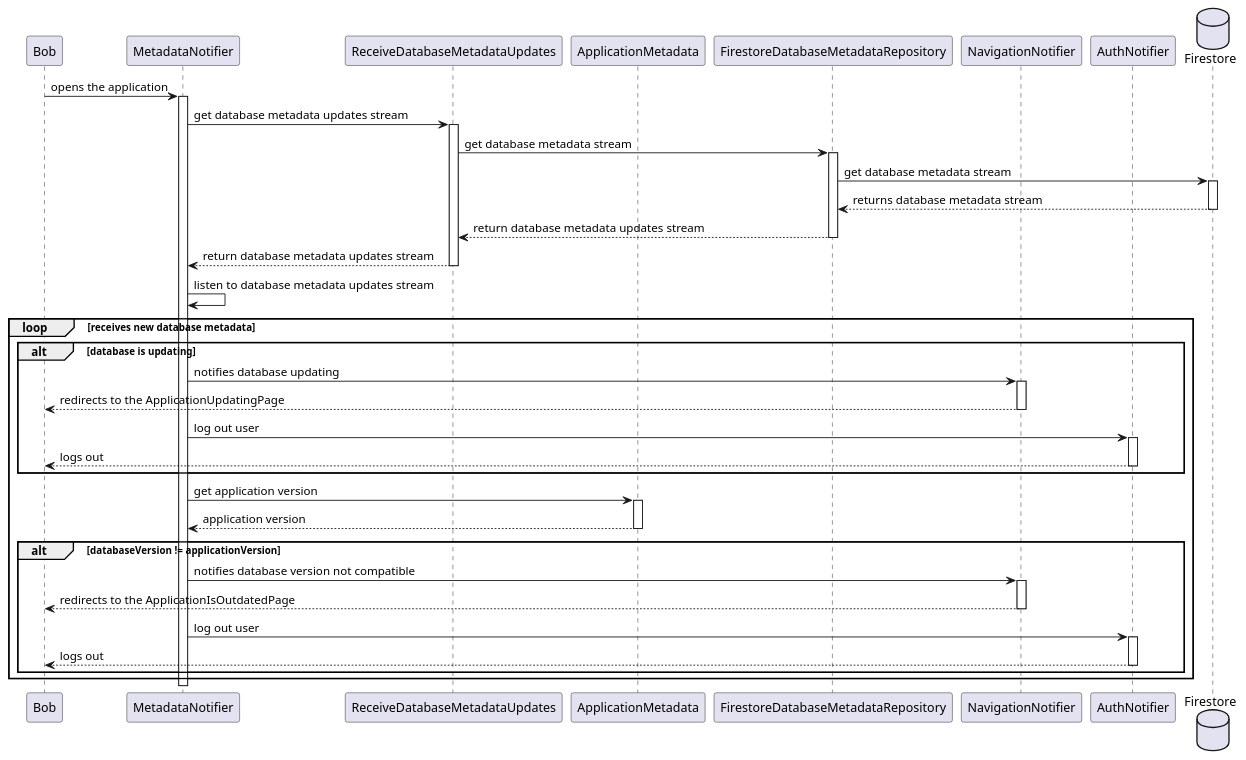
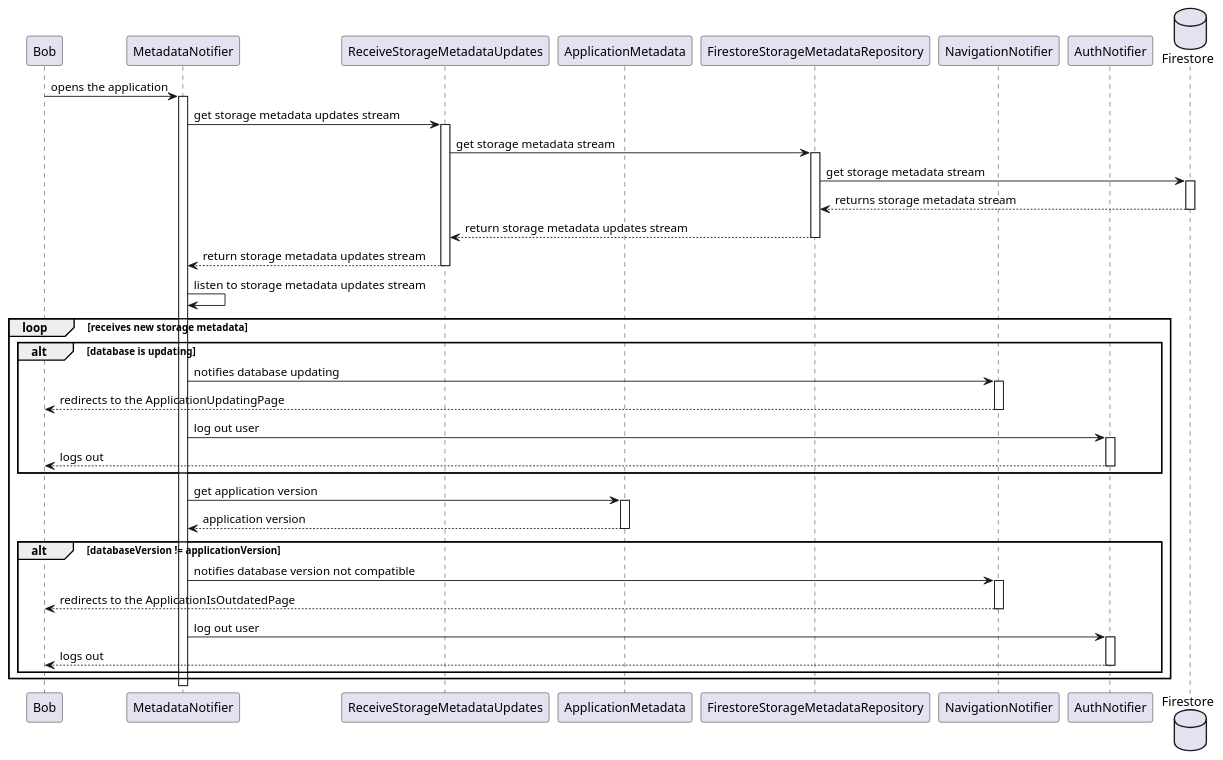
The diagram in metrics/web/docs/features/supported_database_version/diagrams/metadata_sequence_diagram.puml (Flank/flank-dashboard), drawn with PlantUML before and after one commit. The commit also changed 5 other files, not shown here.

Commit message:
Rename the DatabaseMetadata to StorageMetadata

```diff
--- a/metrics/web/docs/features/supported_database_version/diagrams/metadata_sequence_diagram.puml
+++ b/metrics/web/docs/features/supported_database_version/diagrams/metadata_sequence_diagram.puml
@@ -1,80 +1,80 @@
 @startuml metadata_sequence_diagram
 
 
 participant Bob
 
 participant MetadataNotifier
 
-participant ReceiveDatabaseMetadataUpdates
+participant ReceiveStorageMetadataUpdates
 
 participant ApplicationMetadata
 
-participant FirestoreDatabaseMetadataRepository
+participant FirestoreStorageMetadataRepository
 
 participant NavigationNotifier
 
 participant AuthNotifier
 
 
 database Firestore
 
 
 Bob -> MetadataNotifier : opens the application
 activate MetadataNotifier
 
-MetadataNotifier -> ReceiveDatabaseMetadataUpdates : get database metadata updates stream
-activate ReceiveDatabaseMetadataUpdates
-ReceiveDatabaseMetadataUpdates -> FirestoreDatabaseMetadataRepository : get database metadata stream
-activate FirestoreDatabaseMetadataRepository
-FirestoreDatabaseMetadataRepository -> Firestore : get database metadata stream
+MetadataNotifier -> ReceiveStorageMetadataUpdates : get storage metadata updates stream
+activate ReceiveStorageMetadataUpdates
+ReceiveStorageMetadataUpdates -> FirestoreStorageMetadataRepository : get storage metadata stream
+activate FirestoreStorageMetadataRepository
+FirestoreStorageMetadataRepository -> Firestore : get storage metadata stream
 activate Firestore
-Firestore --> FirestoreDatabaseMetadataRepository : returns database metadata stream
+Firestore --> FirestoreStorageMetadataRepository : returns storage metadata stream
 deactivate Firestore
-FirestoreDatabaseMetadataRepository --> ReceiveDatabaseMetadataUpdates : return database metadata updates stream
-deactivate FirestoreDatabaseMetadataRepository
-ReceiveDatabaseMetadataUpdates --> MetadataNotifier : return database metadata updates stream
-deactivate ReceiveDatabaseMetadataUpdates
+FirestoreStorageMetadataRepository --> ReceiveStorageMetadataUpdates : return storage metadata updates stream
+deactivate FirestoreStorageMetadataRepository
+ReceiveStorageMetadataUpdates --> MetadataNotifier : return storage metadata updates stream
+deactivate ReceiveStorageMetadataUpdates
 
-MetadataNotifier -> MetadataNotifier : listen to database metadata updates stream
+MetadataNotifier -> MetadataNotifier : listen to storage metadata updates stream
 
-loop receives new database metadata
+loop receives new storage metadata
 
     alt database is updating
 
         MetadataNotifier -> NavigationNotifier : notifies database updating
         activate NavigationNotifier
         NavigationNotifier --> Bob : redirects to the ApplicationUpdatingPage
         deactivate NavigationNotifier
         MetadataNotifier -> AuthNotifier : log out user
         activate AuthNotifier
         AuthNotifier --> Bob : logs out
         deactivate AuthNotifier
 
 
     end
 
     MetadataNotifier -> ApplicationMetadata : get application version
     activate ApplicationMetadata
 
     ApplicationMetadata --> MetadataNotifier : application version
     deactivate ApplicationMetadata
 
 
     alt databaseVersion != applicationVersion
 
         MetadataNotifier -> NavigationNotifier : notifies database version not compatible
         activate NavigationNotifier
         NavigationNotifier --> Bob : redirects to the ApplicationIsOutdatedPage
         deactivate NavigationNotifier
         MetadataNotifier -> AuthNotifier : log out user
         activate AuthNotifier
         AuthNotifier --> Bob : logs out
         deactivate AuthNotifier
 
 
     end
 
 end
 
 
 @enduml
```
